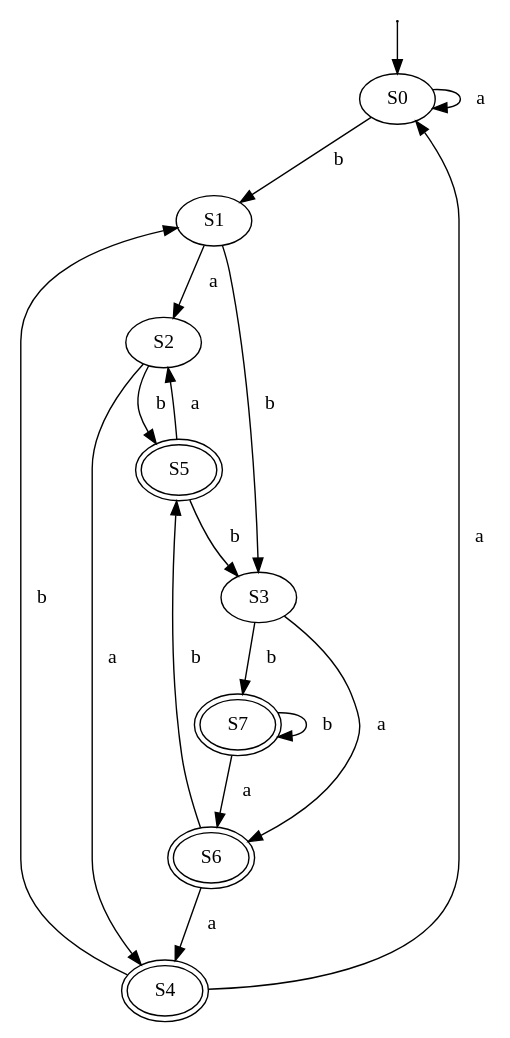
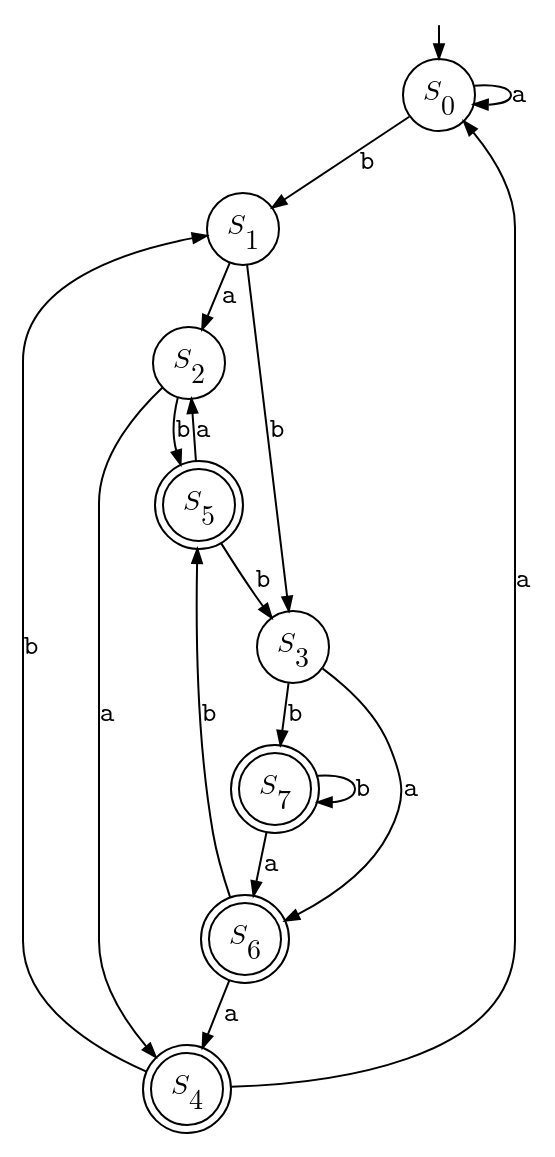
Before and after one commit to karlstroetmann/Formal-Languages: the diagram in Lecture-Notes/Abbildungen/a2.dot, drawn with Graphviz. The commit also changed other lines of this file and 57 other files, not shown here.

First line of the commit message:
Redraw the remaining EPS figures of the lecture notes as PDFs

```diff
--- a/Lecture-Notes/Abbildungen/a2.dot
+++ b/Lecture-Notes/Abbildungen/a2.dot
@@ -1,33 +1,39 @@
 digraph G {
-    
-    size = "5,7";
+    // The states are labelled in Latin Modern Math, like $q_0$ in the lecture
+    // notes, the transitions in Latin Modern Mono, like \texttt{a}.
+    rankdir=LR;
+    node [shape=circle, fixedsize=true, width=0.5,
+          fontname="Latin Modern Math", fontsize=14];
+    edge [fontname="Latin Modern Mono", fontsize=14, arrowsize=0.7];
+    rankdir=TB;
+    ranksep=0.2;
 
-    S0;
-    S1;
-    S2;
-    S3; 
-    S4 [peripheries=2];
-    S5 [peripheries=2];
-    S6 [peripheries=2];
-    S7 [peripheries=2];
+    S0 [label=<𝑆<SUB>0</SUB>>];
+    S1 [label=<𝑆<SUB>1</SUB>>];
+    S2 [label=<𝑆<SUB>2</SUB>>];
+    S3 [label=<𝑆<SUB>3</SUB>>];
+    S4 [label=<𝑆<SUB>4</SUB>>, shape=doublecircle];
+    S5 [label=<𝑆<SUB>5</SUB>>, shape=doublecircle];
+    S6 [label=<𝑆<SUB>6</SUB>>, shape=doublecircle];
+    S7 [label=<𝑆<SUB>7</SUB>>, shape=doublecircle];
 
+    1 [shape=none, label="", width=0, height=0];
     1 -> S0;
-    1 [label="",width=0.00001,height=0.00001];
 
-    S0 -> S0 [ label="   a", labelfloat="false" ];
-    S0 -> S1 [ label="   b", labelfloat="false" ];
-    S1 -> S2 [ label="   a", labelfloat="false" ];
-    S1 -> S3 [ label="   b", labelfloat="false" ];
-    S2 -> S4 [ label="   a", labelfloat="false" ];
-    S2 -> S5 [ label="   b", labelfloat="false" ];
-    S3 -> S6 [ label="   a", labelfloat="false" ];
-    S3 -> S7 [ label="   b", labelfloat="false" ];
-    S4 -> S0 [ label="   a", labelfloat="false" ];
-    S4 -> S1 [ label="   b", labelfloat="false" ];
-    S5 -> S2 [ label="   a", labelfloat="false" ];
-    S5 -> S3 [ label="   b", labelfloat="false" ];
-    S6 -> S4 [ label="   a", labelfloat="false" ];
-    S6 -> S5 [ label="   b", labelfloat="false" ];
-    S7 -> S6 [ label="   a", labelfloat="false" ];
-    S7 -> S7 [ label="   b", labelfloat="false" ];
+    S0 -> S0 [label="a"];
+    S0 -> S1 [label="b"];
+    S1 -> S2 [label="a"];
+    S1 -> S3 [label="b"];
+    S2 -> S4 [label="a"];
+    S2 -> S5 [label="b"];
+    S3 -> S6 [label="a"];
+    S3 -> S7 [label="b"];
+    S4 -> S0 [label="a"];
+    S4 -> S1 [label="b"];
+    S5 -> S2 [label="a"];
+    S5 -> S3 [label="b"];
+    S6 -> S4 [label="a"];
+    S6 -> S5 [label="b"];
+    S7 -> S6 [label="a"];
+    S7 -> S7 [label="b"];
 }
```
